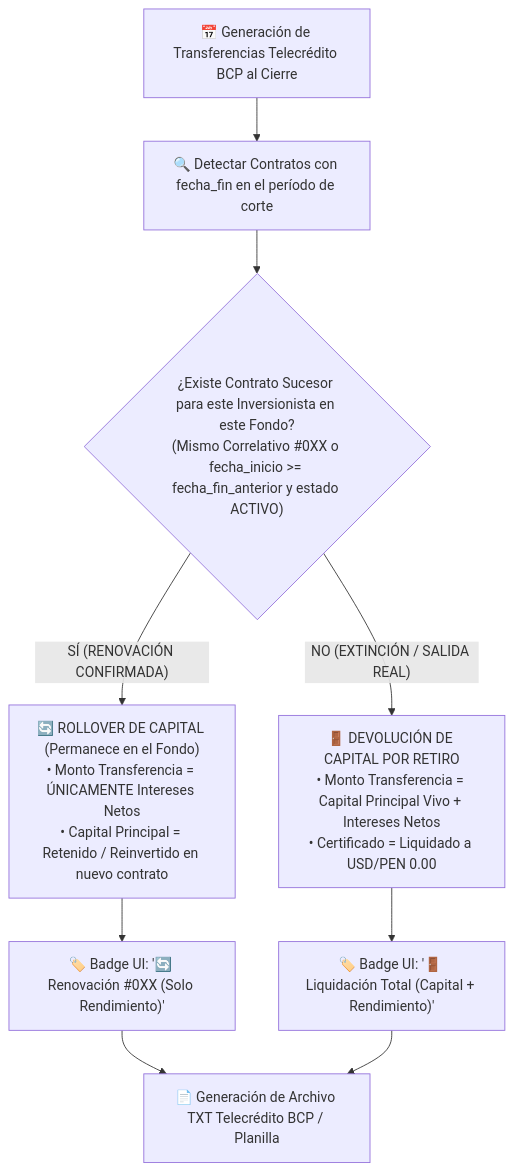
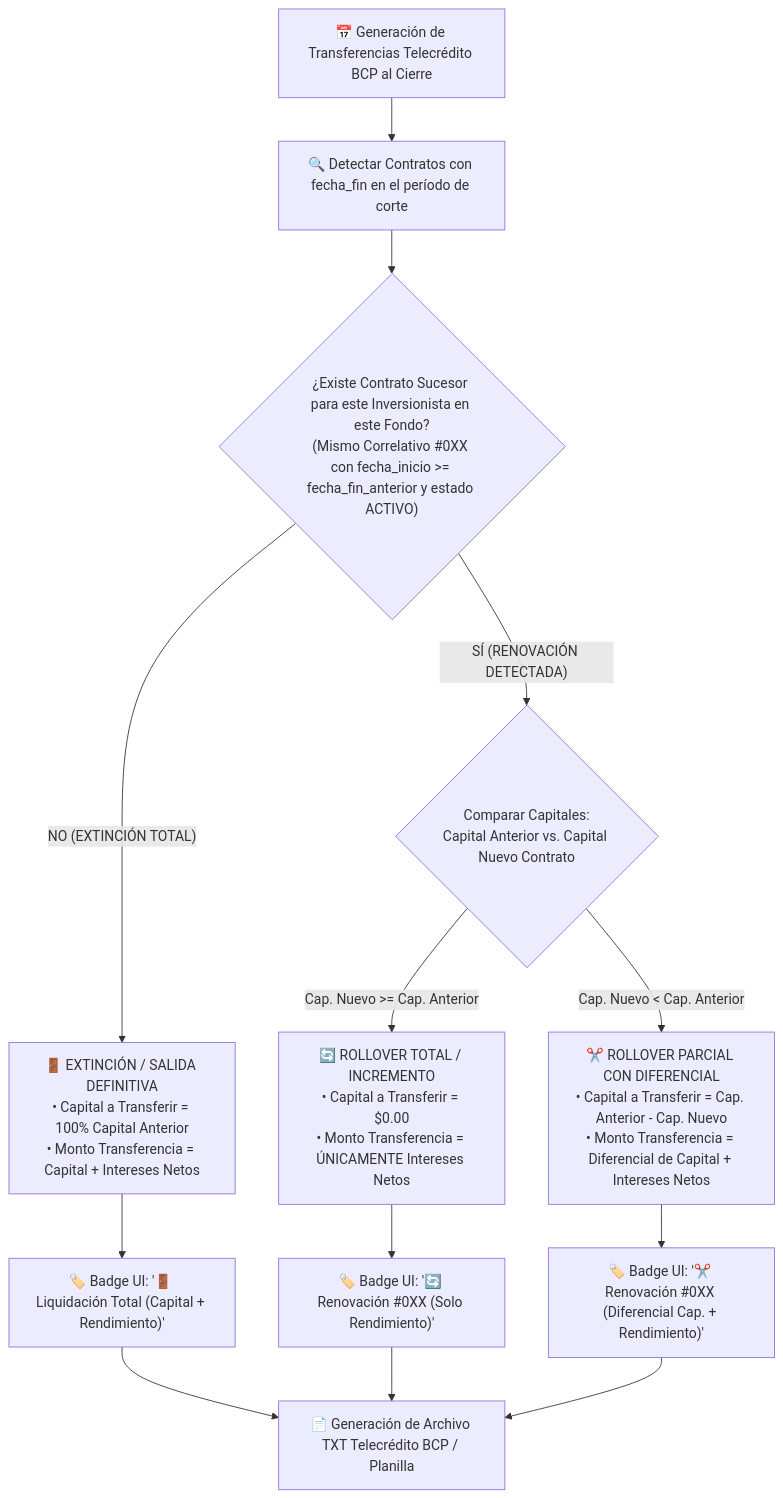
The third of 4 diagrams in Obsidian/Mudanza.Contabo/Mudanza.Contabo/15.Mejoras.RGP.03.09.16.md (RichGutz/Inandes.ERP.React), drawn with Mermaid before and after one commit. The commit also changed other lines of this file and 2 other files, not shown here.

Commit message:
feat(telecredito-bcp): discriminacion inteligente de renovaciones rollover (#0XX), diferencial de capital y columna de comentarios en Excel

````diff
--- a/Obsidian/Mudanza.Contabo/Mudanza.Contabo/15.Mejoras.RGP.03.09.16.md
+++ b/Obsidian/Mudanza.Contabo/Mudanza.Contabo/15.Mejoras.RGP.03.09.16.md
@@ -278,14 +282,20 @@
 ```mermaid
 flowchart TD
     Init[📅 Generación de Transferencias Telecrédito BCP al Cierre] --> CheckVen[🔍 Detectar Contratos con fecha_fin en el período de corte]
-    CheckVen --> CheckRenov{"¿Existe Contrato Sucesor para este Inversionista en este Fondo?<br/>(Mismo Correlativo #0XX o fecha_inicio >= fecha_fin_anterior y estado ACTIVO)"}
+    CheckVen --> CheckRenov{"¿Existe Contrato Sucesor para este Inversionista en este Fondo?<br/>(Mismo Correlativo #0XX con fecha_inicio >= fecha_fin_anterior y estado ACTIVO)"}
     
-    CheckRenov -- "SÍ (RENOVACIÓN CONFIRMADA)" --> Rollover["🔄 ROLLOVER DE CAPITAL (Permanece en el Fondo)<br/>• Monto Transferencia = ÚNICAMENTE Intereses Netos<br/>• Capital Principal = Retenido / Reinvertido en nuevo contrato"]
-    Rollover --> BadgeRollover["🏷️ Badge UI: '🔄 Renovación #0XX (Solo Rendimiento)'"]
+    CheckRenov -- "NO (EXTINCIÓN TOTAL)" --> DevolucionTotal["🚪 EXTINCIÓN / SALIDA DEFINITIVA<br/>• Capital a Transferir = 100% Capital Anterior<br/>• Monto Transferencia = Capital + Intereses Netos"]
+    DevolucionTotal --> BadgeExtincion["🏷️ Badge UI: '🚪 Liquidación Total (Capital + Rendimiento)'"]
+
+    CheckRenov -- "SÍ (RENOVACIÓN DETECTADA)" --> CompareCap{"Comparar Capitales:<br/>Capital Anterior vs. Capital Nuevo Contrato"}
     
-    CheckRenov -- "NO (EXTINCIÓN / SALIDA REAL)" --> Devolucion["🚪 DEVOLUCIÓN DE CAPITAL POR RETIRO<br/>• Monto Transferencia = Capital Principal Vivo + Intereses Netos<br/>• Certificado = Liquidado a USD/PEN 0.00"]
-    Devolucion --> BadgeExtincion["🏷️ Badge UI: '🚪 Liquidación Total (Capital + Rendimiento)'"]
+    CompareCap -- "Cap. Nuevo >= Cap. Anterior" --> RolloverTotal["🔄 ROLLOVER TOTAL / INCREMENTO<br/>• Capital a Transferir = $0.00<br/>• Monto Transferencia = ÚNICAMENTE Intereses Netos"]
+    RolloverTotal --> BadgeRollover["🏷️ Badge UI: '🔄 Renovación #0XX (Solo Rendimiento)'"]
     
-    BadgeRollover --> Telecredito[📄 Generación de Archivo TXT Telecrédito BCP / Planilla]
-    BadgeExtincion --> Telecredito
+    CompareCap -- "Cap. Nuevo < Cap. Anterior" --> RolloverParcial["✂️ ROLLOVER PARCIAL CON DIFERENCIAL<br/>• Capital a Transferir = Cap. Anterior - Cap. Nuevo<br/>• Monto Transferencia = Diferencial de Capital + Intereses Netos"]
+    RolloverParcial --> BadgeParcial["🏷️ Badge UI: '✂️ Renovación #0XX (Diferencial Cap. + Rendimiento)'"]
+    
+    BadgeExtincion --> Telecredito[📄 Generación de Archivo TXT Telecrédito BCP / Planilla]
+    BadgeRollover --> Telecredito
+    BadgeParcial --> Telecredito
 ```
````
